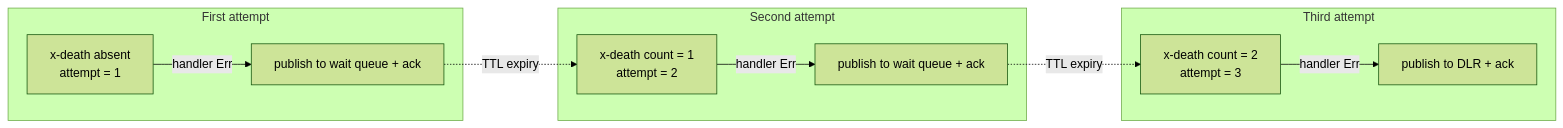
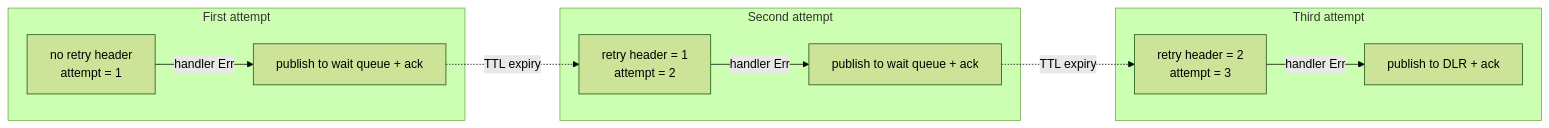
Before and after one commit to nubster-opensources/hexeract: the second of 2 diagrams in docs/concepts/retry-policy.md, drawn with Mermaid (forest theme). The commit also changed other lines of this file and 6 other files, not shown here.

Commit message:
docs: describe the worker-owned retry header and the dead-letter replay (#631)

````diff
--- a/docs/concepts/retry-policy.md
+++ b/docs/concepts/retry-policy.md
@@ -30,14 +32,14 @@
 ```mermaid
 graph LR
     subgraph "First attempt"
-        d1[x-death absent<br/>attempt = 1] -- handler Err --> w1[publish to wait queue + ack]
+        d1[no retry header<br/>attempt = 1] -- handler Err --> w1[publish to wait queue + ack]
     end
     subgraph "Second attempt"
-        d2[x-death count = 1<br/>attempt = 2] -- handler Err --> w2[publish to wait queue + ack]
+        d2[retry header = 1<br/>attempt = 2] -- handler Err --> w2[publish to wait queue + ack]
     end
     subgraph "Third attempt"
-        d3[x-death count = 2<br/>attempt = 3] -- handler Err --> dlr[publish to DLR + ack]
+        d3[retry header = 2<br/>attempt = 3] -- handler Err --> dlr[publish to DLR + ack]
     end
     w1 -. TTL expiry .-> d2
     w2 -. TTL expiry .-> d3
 ```
````
